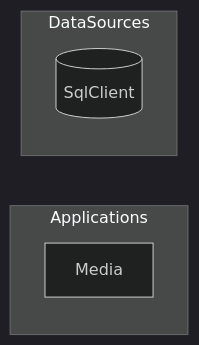
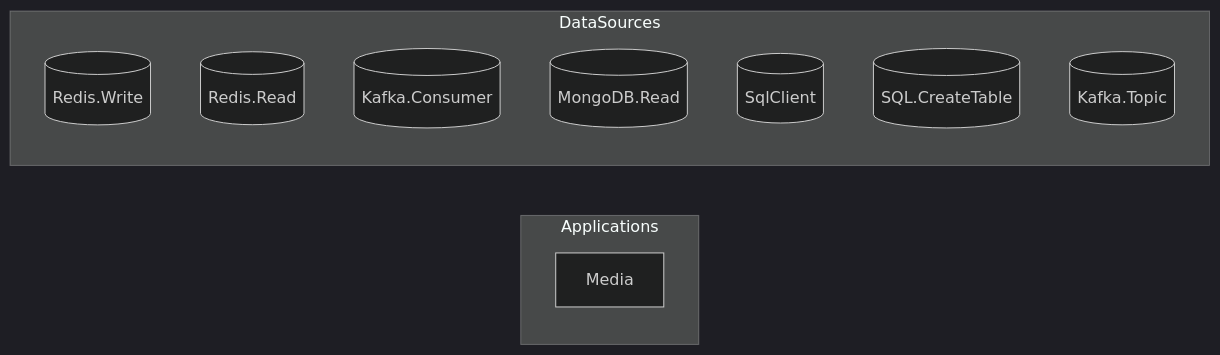
The third of 4 diagrams in output-stocksharp/docs/index.md (GanizaniSitara/tools-static-analysis), drawn with Mermaid (dark theme) before and after one commit. The commit also changed other lines of this file and 143 other files, not shown here.

````diff
--- a/output-stocksharp/docs/index.md
+++ b/output-stocksharp/docs/index.md
@@ -183,9 +183,15 @@
 ```mermaid
 graph LR
     subgraph Applications
         StockSharp_Media["Media"]
     end
     subgraph DataSources
+        datasource_StockSharp_Redis_Write[("Redis.Write")]
+        datasource_StockSharp_Redis_Read[("Redis.Read")]
+        datasource_StockSharp_Kafka_Consumer[("Kafka.Consumer")]
+        datasource_StockSharp_MongoDB_Read[("MongoDB.Read")]
         datasource_StockSharp_SqlClient[("SqlClient")]
+        datasource_StockSharp_SQL_CreateTable[("SQL.CreateTable")]
+        datasource_StockSharp_Kafka_Topic[("Kafka.Topic")]
     end
 ```
````
